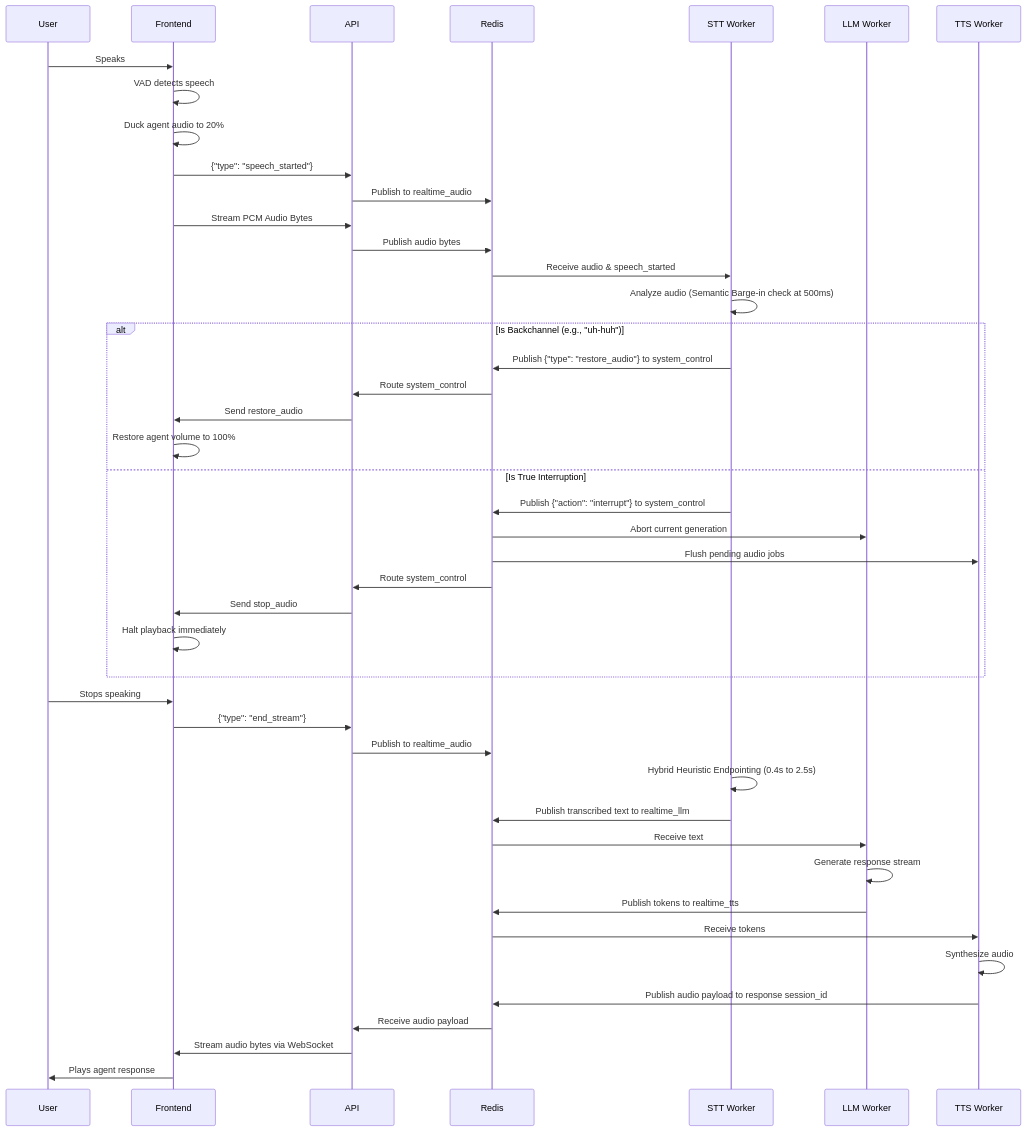
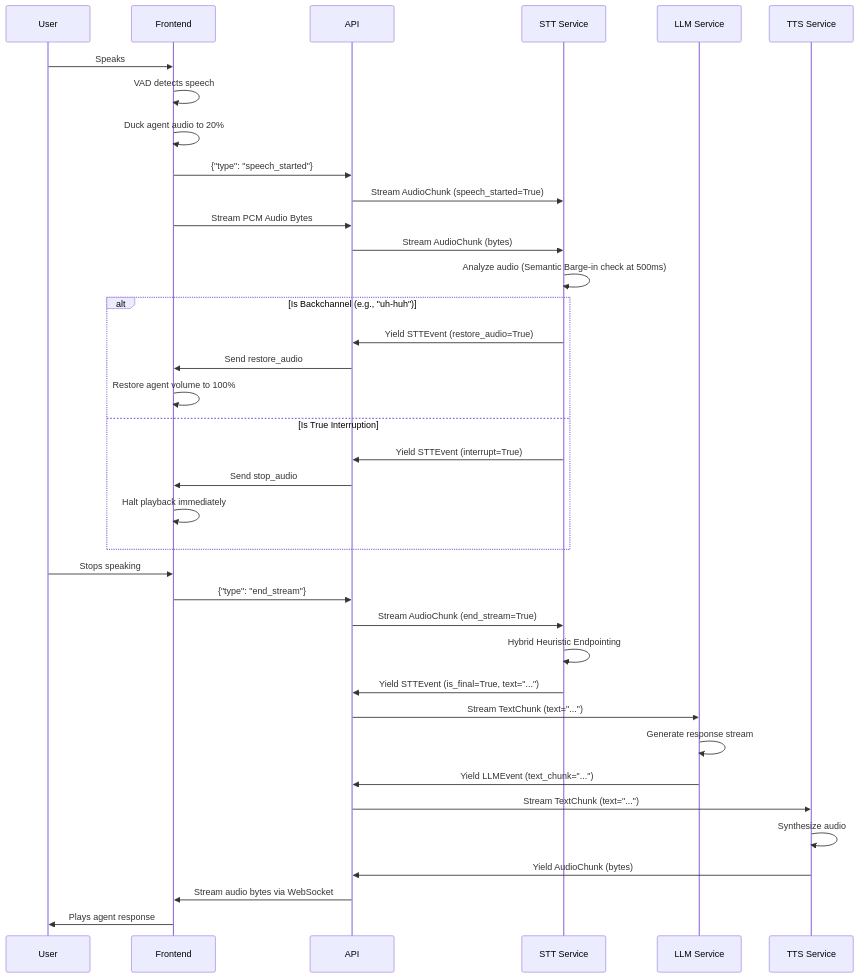
One commit to d1pankarmedhi/CascadeS2S changed the second of 2 diagrams in README.md. Above: the diagram before and after it, drawn with Mermaid. The commit also changed other lines of this file and 1 other file, not shown here.

````diff
--- a/README.md
+++ b/README.md
@@ -93,54 +81,47 @@
 ```mermaid
 sequenceDiagram
     participant User
     participant Frontend
     participant API
-    participant Redis
-    participant STT as STT Worker
-    participant LLM as LLM Worker
-    participant TTS as TTS Worker
+    participant STT as STT Service
+    participant LLM as LLM Service
+    participant TTS as TTS Service
 
     User->>Frontend: Speaks
     Frontend->>Frontend: VAD detects speech
     Frontend->>Frontend: Duck agent audio to 20%
     Frontend->>API: {"type": "speech_started"}
-    API->>Redis: Publish to realtime_audio
+    API->>STT: Stream AudioChunk (speech_started=True)
     Frontend->>API: Stream PCM Audio Bytes
-    API->>Redis: Publish audio bytes
+    API->>STT: Stream AudioChunk (bytes)
     
-    Redis->>STT: Receive audio & speech_started
     STT->>STT: Analyze audio (Semantic Barge-in check at 500ms)
     
     alt Is Backchannel (e.g., "uh-huh")
-        STT->>Redis: Publish {"type": "restore_audio"} to system_control
-        Redis->>API: Route system_control
+        STT->>API: Yield STTEvent (restore_audio=True)
         API->>Frontend: Send restore_audio
         Frontend->>Frontend: Restore agent volume to 100%
     else Is True Interruption
-        STT->>Redis: Publish {"action": "interrupt"} to system_control
-        Redis->>LLM: Abort current generation
-        Redis->>TTS: Flush pending audio jobs
-        Redis->>API: Route system_control
+        STT->>API: Yield STTEvent (interrupt=True)
         API->>Frontend: Send stop_audio
         Frontend->>Frontend: Halt playback immediately
     end
     
     User->>Frontend: Stops speaking
     Frontend->>API: {"type": "end_stream"}
-    API->>Redis: Publish to realtime_audio
+    API->>STT: Stream AudioChunk (end_stream=True)
     
-    STT->>STT: Hybrid Heuristic Endpointing (0.4s to 2.5s)
-    STT->>Redis: Publish transcribed text to realtime_llm
+    STT->>STT: Hybrid Heuristic Endpointing
+    STT->>API: Yield STTEvent (is_final=True, text="...")
     
-    Redis->>LLM: Receive text
+    API->>LLM: Stream TextChunk (text="...")
     LLM->>LLM: Generate response stream
-    LLM->>Redis: Publish tokens to realtime_tts
+    LLM->>API: Yield LLMEvent (text_chunk="...")
     
-    Redis->>TTS: Receive tokens
+    API->>TTS: Stream TextChunk (text="...")
     TTS->>TTS: Synthesize audio
-    TTS->>Redis: Publish audio payload to response session_id
+    TTS->>API: Yield AudioChunk (bytes)
     
-    Redis->>API: Receive audio payload
     API->>Frontend: Stream audio bytes via WebSocket
     Frontend->>User: Plays agent response
 ```
````
